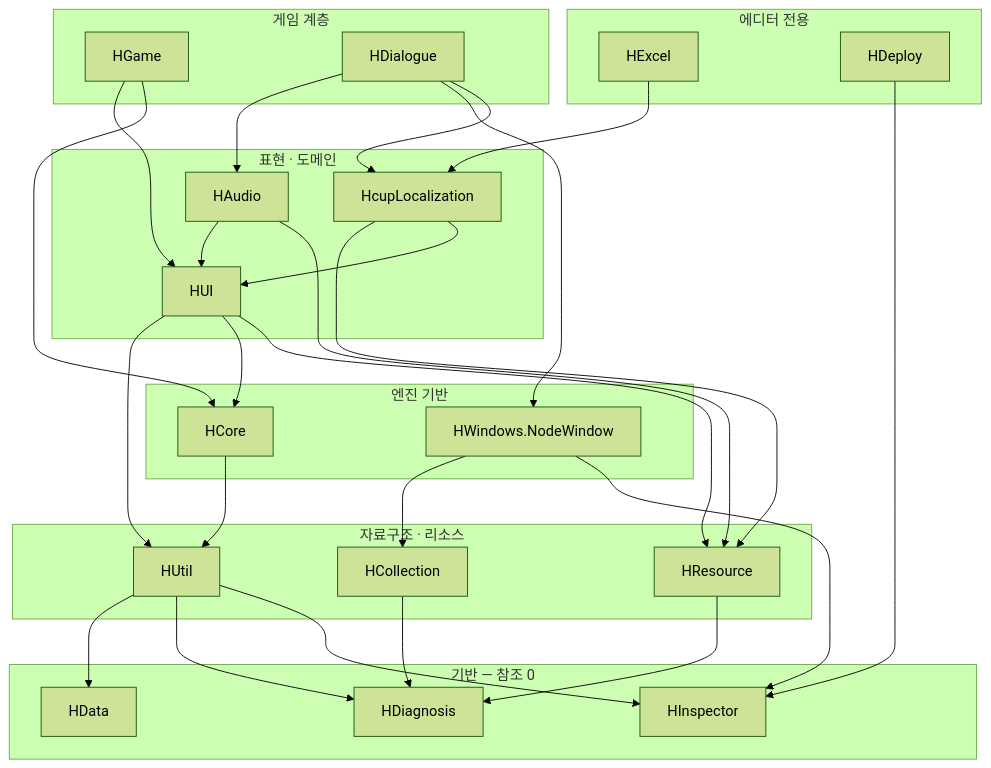
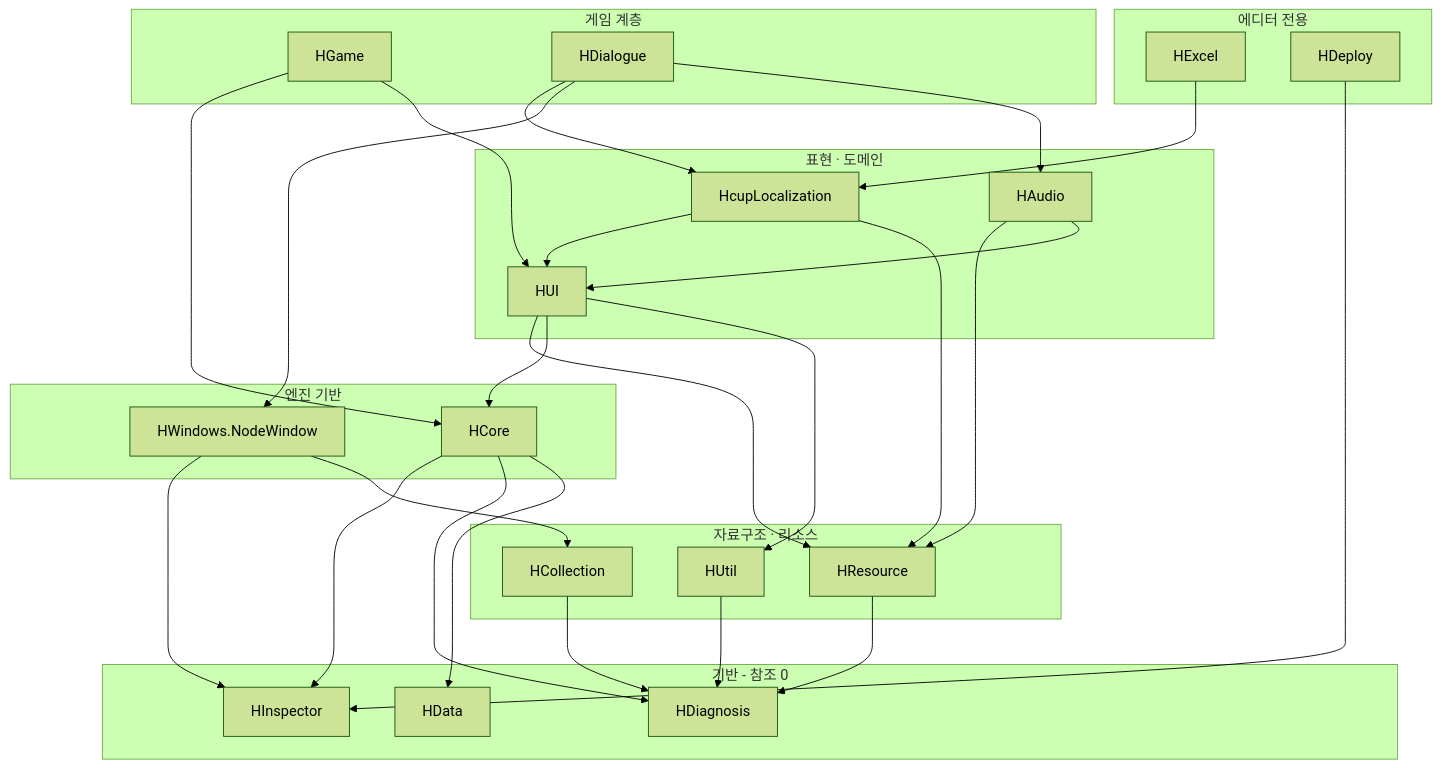
Before and after one commit to HoHong123/HCUP-Unity: the diagram in README.md, drawn with Mermaid (forest theme). The commit also changed other lines of this file, not shown here.

````diff
--- a/README.md
+++ b/README.md
@@ -52,53 +50,53 @@
 ```mermaid
 flowchart TD
-    subgraph L0["기반 — 참조 0"]
+    subgraph L0["기반 - 참조 0"]
     D["HData"]
     G["HDiagnosis"]
     I["HInspector"]
     end
     subgraph L1["자료구조 · 리소스"]
     C["HCollection"]
     R["HResource"]
     U["HUtil"]
     end
     subgraph L2["엔진 기반"]
     CO["HCore"]
     W["HWindows.NodeWindow"]
     end
     subgraph L3["표현 · 도메인"]
     UI["HUI"]
     A["HAudio"]
     L["HcupLocalization"]
     end
     subgraph L4["게임 계층"]
     GA["HGame"]
     DI["HDialogue"]
     end
     subgraph LE["에디터 전용"]
     EX["HExcel"]
     DE["HDeploy"]
     end
 
     C --> G
     R --> G
-    U --> D
     U --> G
-    U --> I
-    CO --> U
+    CO --> D
+    CO --> G
+    CO --> I
     W --> C
     W --> I
     UI --> U
     UI --> CO
     UI --> R
     A --> UI
     A --> R
     L --> R
     L --> UI
     GA --> UI
     GA --> CO
     DI --> A
     DI --> W
     DI --> L
     EX --> L
     DE --> I
 ```
````
